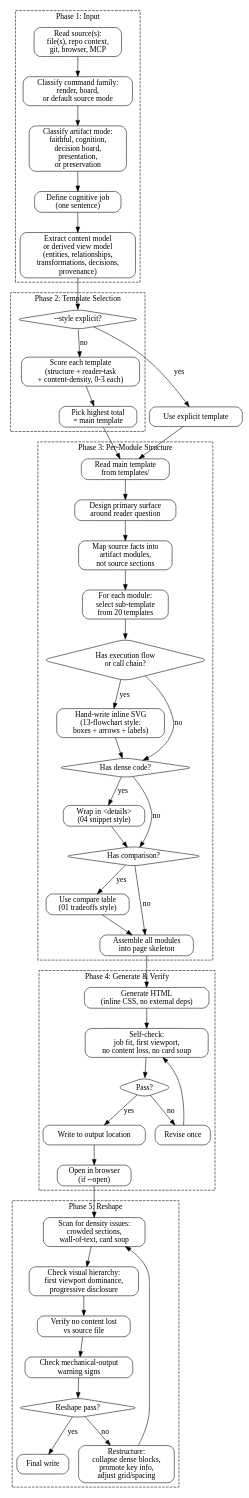
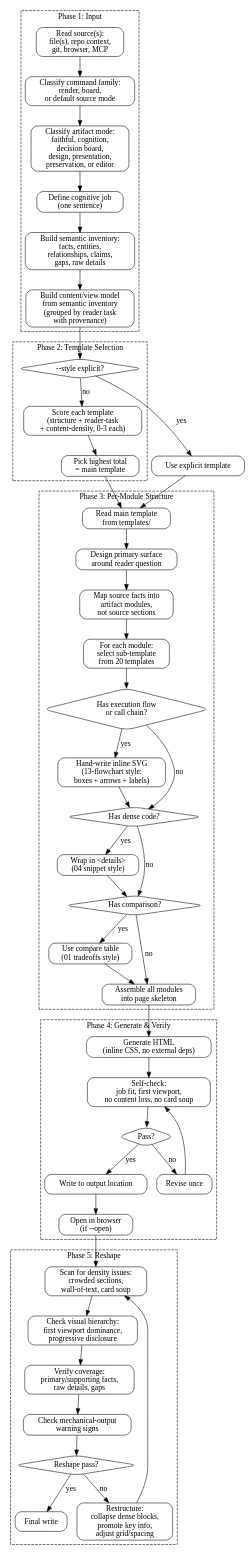
The diagram in skills/pge-html/SKILL.md (feng-y/pge), drawn with Graphviz before and after one commit. The commit also changed other lines of this file and 11 other files, not shown here.

```diff
--- a/skills/pge-html/SKILL.md
+++ b/skills/pge-html/SKILL.md
@@ -185,10 +244,11 @@
     style=dashed;
     read_source [label="Read source(s):\nfile(s), repo context,\ngit, browser, MCP"];
     classify_command [label="Classify command family:\nrender, board,\nor default source mode"];
-    classify_level [label="Classify artifact mode:\nfaithful, cognition,\ndecision board,\npresentation,\nor preservation"];
+    classify_level [label="Classify artifact mode:\nfaithful, cognition,\ndecision board,\ndesign, presentation,\npreservation, or editor"];
     define_job [label="Define cognitive job\n(one sentence)"];
-    extract_model [label="Extract content model\nor derived view model\n(entities, relationships,\ntransformations, decisions,\nprovenance)"];
-    read_source -> classify_command -> classify_level -> define_job -> extract_model;
+    semantic_inventory [label="Build semantic inventory:\nfacts, entities,\nrelationships, claims,\ngaps, raw details"];
+    extract_model [label="Build content/view model\nfrom semantic inventory\n(grouped by reader task\nwith provenance)"];
+    read_source -> classify_command -> classify_level -> define_job -> semantic_inventory -> extract_model;
   }
 
   subgraph cluster_select {
@@ -255,7 +315,7 @@
     style=dashed;
     check_density [label="Scan for density issues:\ncrowded sections,\nwall-of-text, card soup"];
     check_hierarchy [label="Check visual hierarchy:\nfirst viewport dominance,\nprogressive disclosure"];
-    check_completeness [label="Verify no content lost\nvs source file"];
+    check_completeness [label="Verify coverage:\nprimary/supporting facts,\nraw details, gaps"];
     check_mechanical [label="Check mechanical-output\nwarning signs"];
     reshape_fix [label="Restructure:\ncollapse dense blocks,\npromote key info,\nadjust grid/spacing"];
     reshape_pass [label="Reshape pass?", shape=diamond];
```
